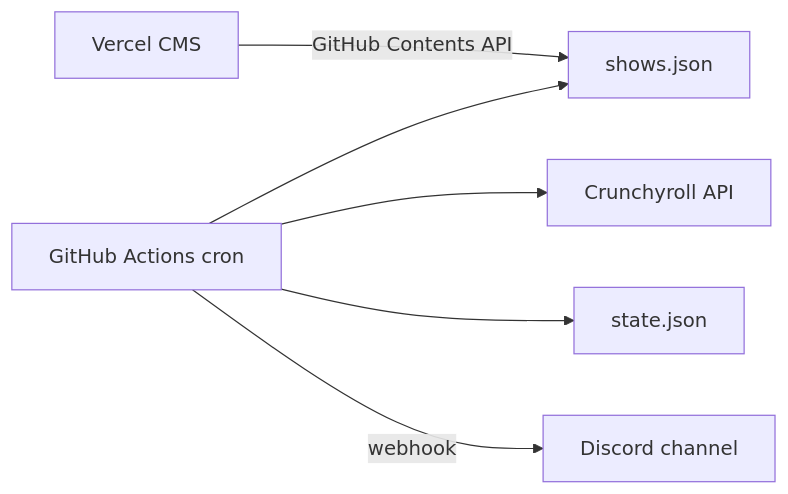
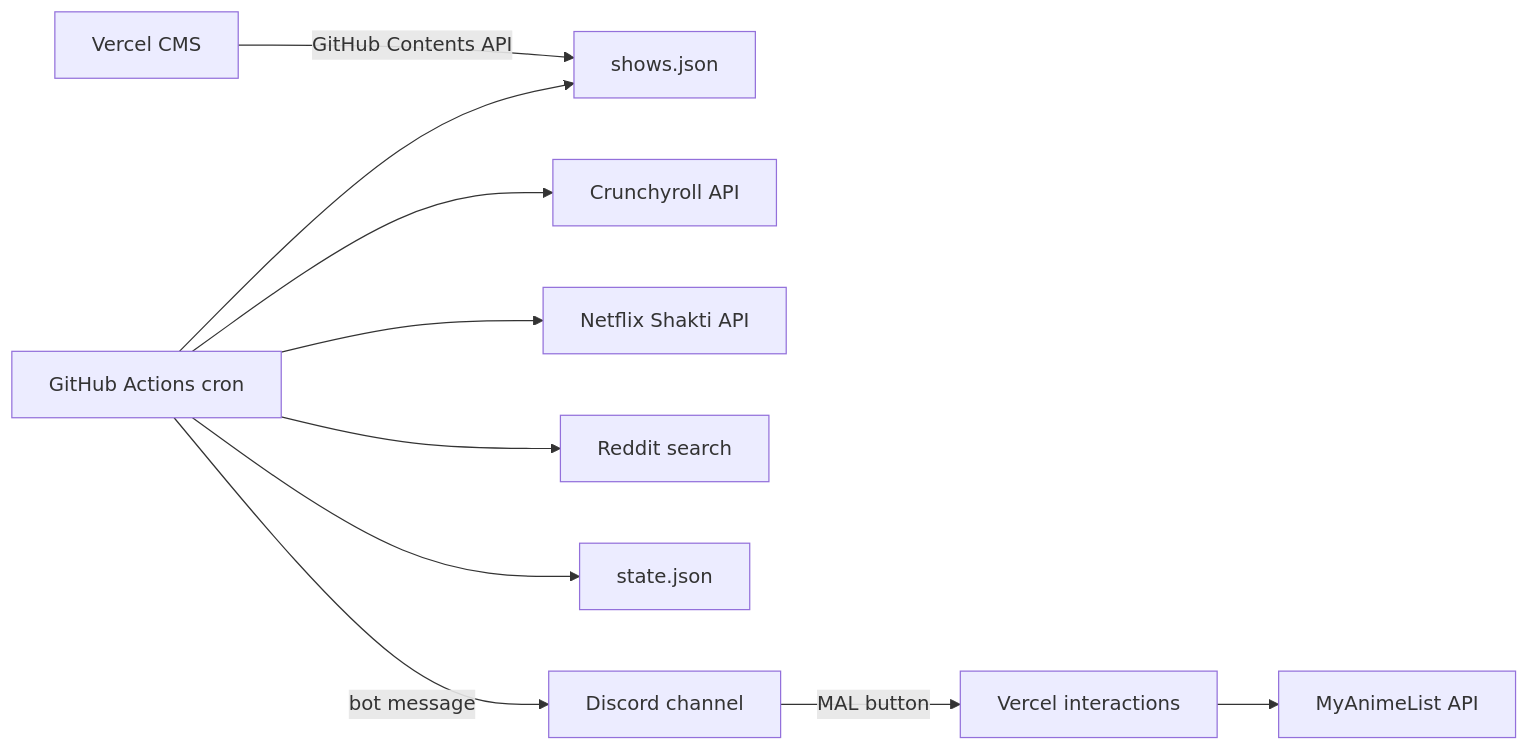
Before and after one commit to n9d0g/anime-ep-checker: the diagram in README.md, drawn with Mermaid. The commit also changed other lines of this file and 25 other files, not shown here.

Commit message:
feat: :sparkles: netflix eps; discord bot integrations

````diff
--- a/README.md
+++ b/README.md
@@ -7,8 +7,12 @@
 ```mermaid
 flowchart LR
   Admin[Vercel CMS] -->|GitHub Contents API| Shows[shows.json]
   Cron[GitHub Actions cron] --> Shows
   Cron --> CR[Crunchyroll API]
+  Cron --> NF[Netflix Shakti API]
+  Cron --> Reddit[Reddit search]
   Cron --> State[state.json]
-  Cron -->|webhook| Discord[Discord channel]
+  Cron -->|bot message| Discord[Discord channel]
+  Discord -->|MAL button| Vercel[Vercel interactions]
+  Vercel --> MAL[MyAnimeList API]
 ```
````
